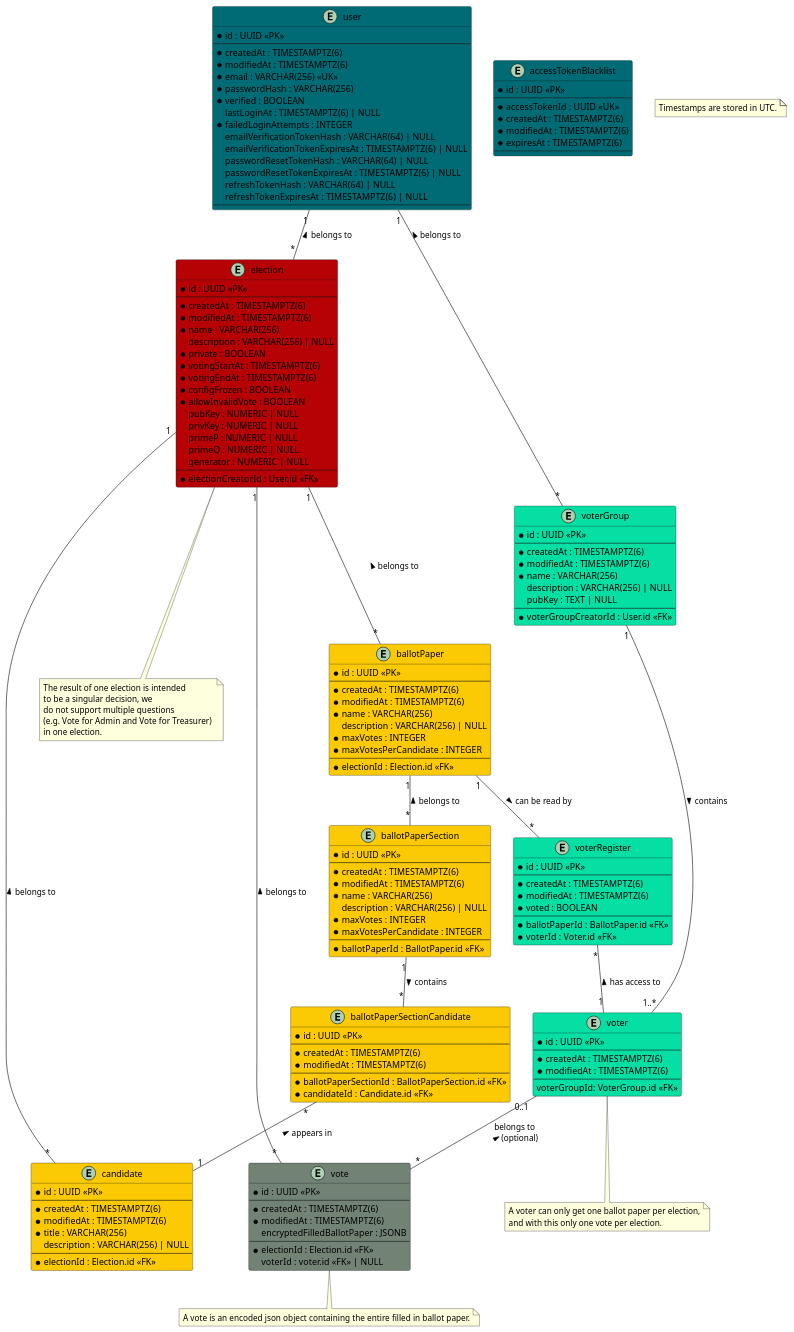
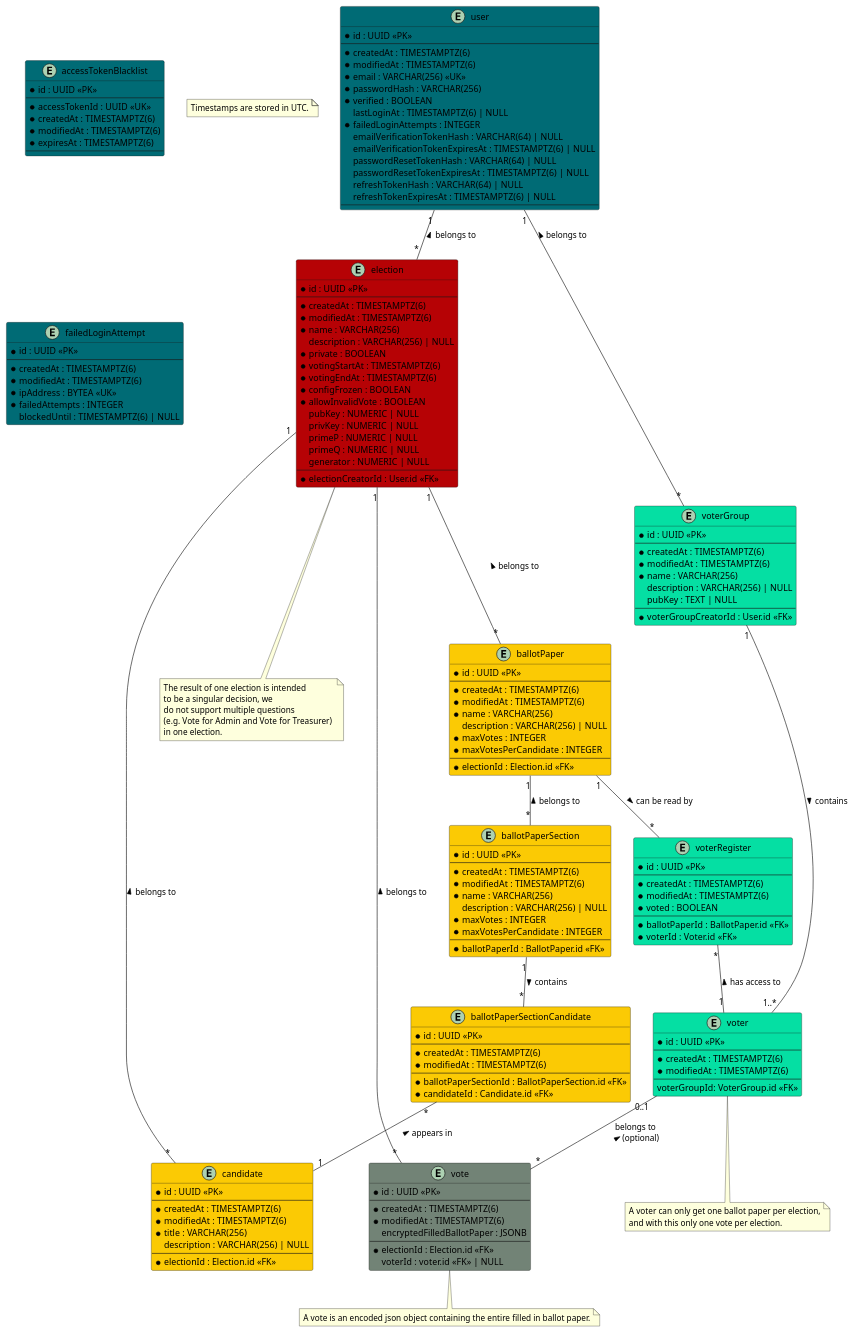
One commit to SE-UUlm/votura changed the diagram in apps/docs/static/uml/dataModel.puml. Above: the diagram before and after it, drawn with PlantUML.

Commit message:
123: add new table to documentation UML diagram

```diff
--- a/apps/docs/static/uml/dataModel.puml
+++ b/apps/docs/static/uml/dataModel.puml
@@ -1,188 +1,198 @@
 @startuml dataModel
 
 entity "user" as user #006b75 {
     * id : UUID <<PK>>
     --
     * createdAt : TIMESTAMPTZ(6)
     * modifiedAt : TIMESTAMPTZ(6)
     * email : VARCHAR(256) <<UK>>
     * passwordHash : VARCHAR(256)
     * verified : BOOLEAN
     lastLoginAt : TIMESTAMPTZ(6) | NULL
     ' failed login attempts get reset on successful login
     * failedLoginAttempts : INTEGER
     emailVerificationTokenHash : VARCHAR(64) | NULL
     emailVerificationTokenExpiresAt : TIMESTAMPTZ(6) | NULL
     passwordResetTokenHash : VARCHAR(64) | NULL
     passwordResetTokenExpiresAt : TIMESTAMPTZ(6) | NULL
     refreshTokenHash : VARCHAR(64) | NULL
     refreshTokenExpiresAt : TIMESTAMPTZ(6) | NULL
     --
 }
 
 entity "accessTokenBlacklist" as jwtBlacklist #006b75 {
     ' this table is used to store blacklisted access tokens
     ' The jti is 36 characters long if we use UUIDv4
     * id : UUID <<PK>>
     --
     * accessTokenId : UUID <<UK>>
     * createdAt : TIMESTAMPTZ(6)
     * modifiedAt : TIMESTAMPTZ(6)
     * expiresAt : TIMESTAMPTZ(6)
     --
 }
 
 entity "election" as elections #b60205 {
     * id : UUID <<PK>>
     --
     * createdAt : TIMESTAMPTZ(6)
     * modifiedAt : TIMESTAMPTZ(6)
     * name : VARCHAR(256)
     description : VARCHAR(256) | NULL
     * private : BOOLEAN
     * votingStartAt : TIMESTAMPTZ(6)
     * votingEndAt : TIMESTAMPTZ(6)
     * configFrozen : BOOLEAN
     * allowInvalidVote : BOOLEAN
     ' Is there a use case for `votesCounted`?
     ' * votesCounted : BOOLEAN
     ' * votesCounted : BOOLEAN
     ' Computed values such as validVotes and invalidVotes are critical - do we really want to store them?
     ' validVotes : NUMERIC | NULL
     ' invalidVotes : NUMERIC | NULL
     pubKey : NUMERIC | NULL
     privKey : NUMERIC | NULL
     primeP : NUMERIC | NULL
     primeQ : NUMERIC | NULL
     generator : NUMERIC | NULL
     --
     * electionCreatorId : User.id <<FK>>
 }
 
 note as N2
 The result of one election is intended 
 to be a singular decision, we 
 do not support multiple questions 
 (e.g. Vote for Admin and Vote for Treasurer) 
 in one election.
 end note
 
 entity "ballotPaper" as ballotPapers #fbca04 {
     * id : UUID <<PK>>
     --
     * createdAt : TIMESTAMPTZ(6)
     * modifiedAt : TIMESTAMPTZ(6)
     * name : VARCHAR(256)
     description : VARCHAR(256) | NULL
     * maxVotes : INTEGER
     * maxVotesPerCandidate : INTEGER
     --
     * electionId : Election.id <<FK>>
 }
 
 entity "ballotPaperSection" as ballotPaperSections #fbca04 {
     * id : UUID <<PK>>
     --
     * createdAt : TIMESTAMPTZ(6)
     * modifiedAt : TIMESTAMPTZ(6)
     * name : VARCHAR(256)
     description : VARCHAR(256) | NULL
     * maxVotes : INTEGER
     * maxVotesPerCandidate : INTEGER
     --
     * ballotPaperId : BallotPaper.id <<FK>>
 }
 
 entity "ballotPaperSectionCandidate" as ballotPaperSectionCandidates #fbca04 {
     * id : UUID <<PK>>
     --
     * createdAt : TIMESTAMPTZ(6)
     * modifiedAt : TIMESTAMPTZ(6)
     --
     * ballotPaperSectionId : BallotPaperSection.id <<FK>>
     * candidateId : Candidate.id <<FK>>
 }
 
 entity "candidate" as candidates #fbca04 {
     * id : UUID <<PK>>
     --
     * createdAt : TIMESTAMPTZ(6)
     * modifiedAt : TIMESTAMPTZ(6)
     * title : VARCHAR(256)
     description : VARCHAR(256) | NULL
     --
     * electionId : Election.id <<FK>>
 }
 
 entity "vote" as votes #728376 {
     * id : UUID <<PK>>
     --
     * createdAt : TIMESTAMPTZ(6)
     * modifiedAt : TIMESTAMPTZ(6)
     encryptedFilledBallotPaper : JSONB
     --
     * electionId : Election.id <<FK>>
     ' if the vote isn't secret, voter can be saved
     voterId : voter.id <<FK>> | NULL
 }
 note as N4
 A vote is an encoded json object containing the entire filled in ballot paper.
 end note
 
 entity "voterRegister" as voterRegisters #05DFA3 {
     * id : UUID <<PK>>
     --
     * createdAt : TIMESTAMPTZ(6)
     * modifiedAt : TIMESTAMPTZ(6)
     * voted : BOOLEAN
     --
     * ballotPaperId : BallotPaper.id <<FK>>
     * voterId : Voter.id <<FK>>
 }
 
 entity "voter" as voters #05DFA3 {
     * id : UUID <<PK>>
     --
     * createdAt : TIMESTAMPTZ(6)
     * modifiedAt : TIMESTAMPTZ(6)
     --
     voterGroupId: VoterGroup.id <<FK>>
 }
 note as N3
 A voter can only get one ballot paper per election,
 and with this only one vote per election.
 end note
 
 entity "voterGroup" as voterGroups #05DFA3 {
     * id : UUID <<PK>>
     --
     * createdAt : TIMESTAMPTZ(6)
     * modifiedAt : TIMESTAMPTZ(6)
     * name : VARCHAR(256)
     description : VARCHAR(256) | NULL
     pubKey : TEXT | NULL
     --
     * voterGroupCreatorId : User.id <<FK>>
 }
 
 note as N1
 Timestamps are stored in UTC.
 end note
 
+entity "failedLoginAttempt" #006b75 {
+    * id : UUID <<PK>>
+    --
+    * createdAt : TIMESTAMPTZ(6)
+    * modifiedAt : TIMESTAMPTZ(6)
+    * ipAddress : BYTEA <<UK>>
+    * failedAttempts : INTEGER
+    blockedUntil : TIMESTAMPTZ(6) | NULL
+}
+
 user "1"--"*" elections : belongs to <
 elections "1"--"*" ballotPapers : belongs to <
 elections -- N2
 elections "1"--"*" candidates : belongs to <
 ballotPapers "1"--"*" voterRegisters : can be read by >
 voterRegisters "*"--"1" voters : has access to <
 ballotPapers "1"--"*" ballotPaperSections : belongs to <
 ballotPaperSections "1"--"*" ballotPaperSectionCandidates : contains >
 ballotPaperSectionCandidates "*"--"1" candidates : appears in <
 votes "*"--"1" elections : belongs to >
 voters "0..1"--"*" votes : belongs to \n (optional) <
 user "1"--"*" voterGroups : belongs to <
 voterGroups "1"--"1..*" voters : contains >
 voters -- N3
 votes -- N4
 
 @enduml
```
